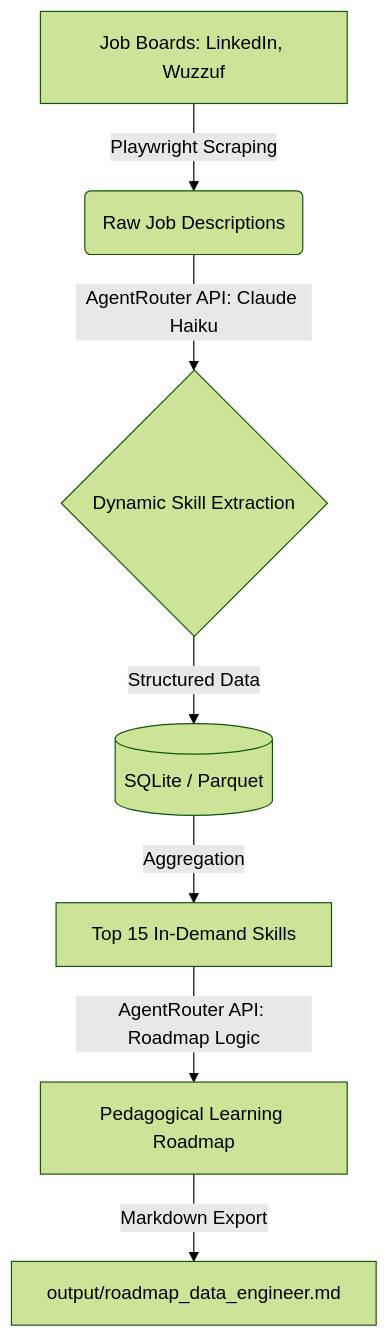
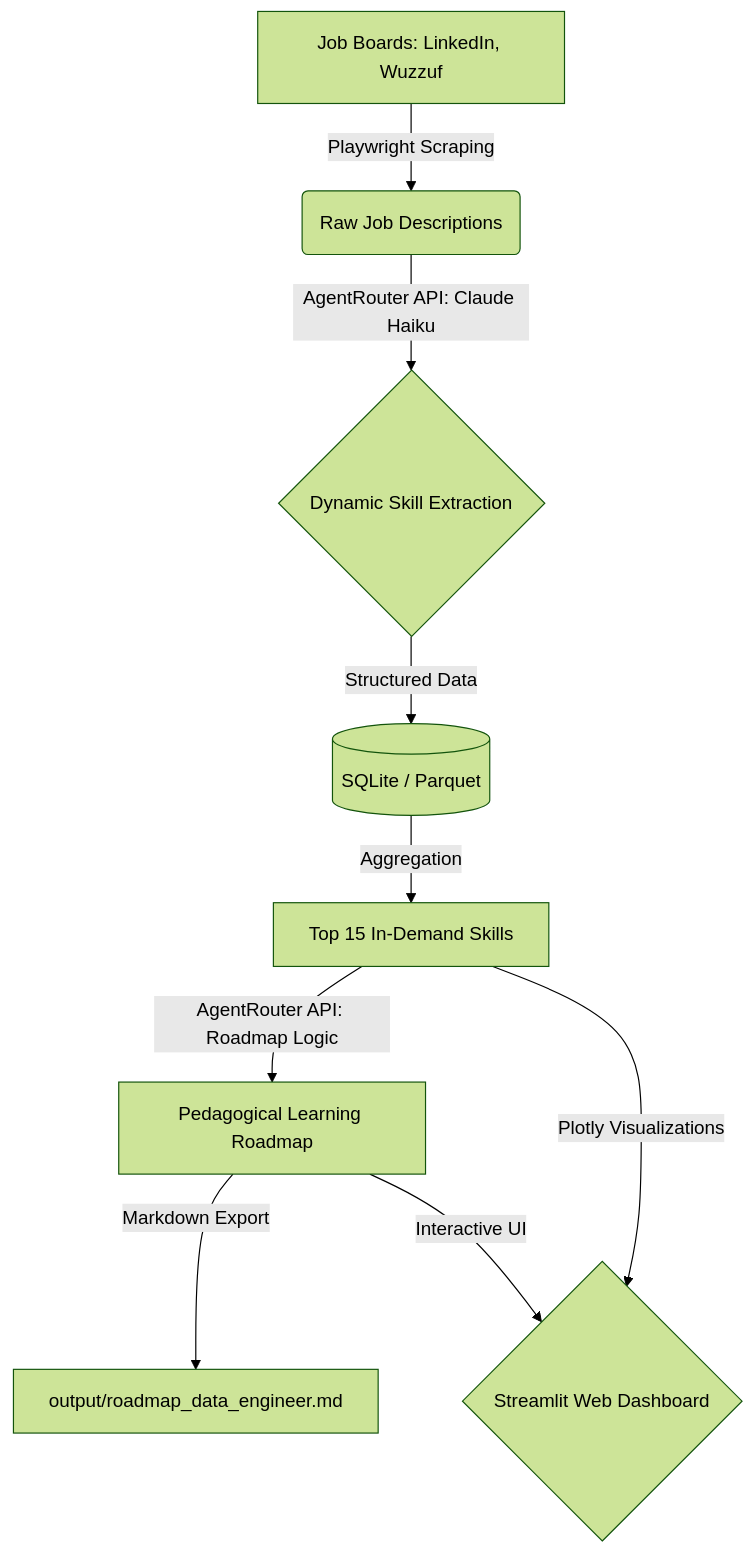
The diagram in README.md (Sohila-Khaled-Abbas/data-career-roadmap-generator), drawn with Mermaid (forest theme) before and after one commit. The commit also changed other lines of this file and 3 other files, not shown here.

Commit message:
feat: implement Streamlit web dashboard for interactive job market visualization and roadmap generation

````diff
--- a/README.md
+++ b/README.md
@@ -14,9 +15,11 @@
 ```mermaid
 graph TD
     A[Job Boards: LinkedIn, Wuzzuf] -->|Playwright Scraping| B(Raw Job Descriptions)
     B -->|AgentRouter API: Claude Haiku| C{Dynamic Skill Extraction}
     C -->|Structured Data| D[(SQLite / Parquet)]
     D -->|Aggregation| E[Top 15 In-Demand Skills]
     E -->|AgentRouter API: Roadmap Logic| F[Pedagogical Learning Roadmap]
     F -->|Markdown Export| G[output/roadmap_data_engineer.md]
+    E -->|Plotly Visualizations| H{Streamlit Web Dashboard}
+    F -->|Interactive UI| H
 ```
````
